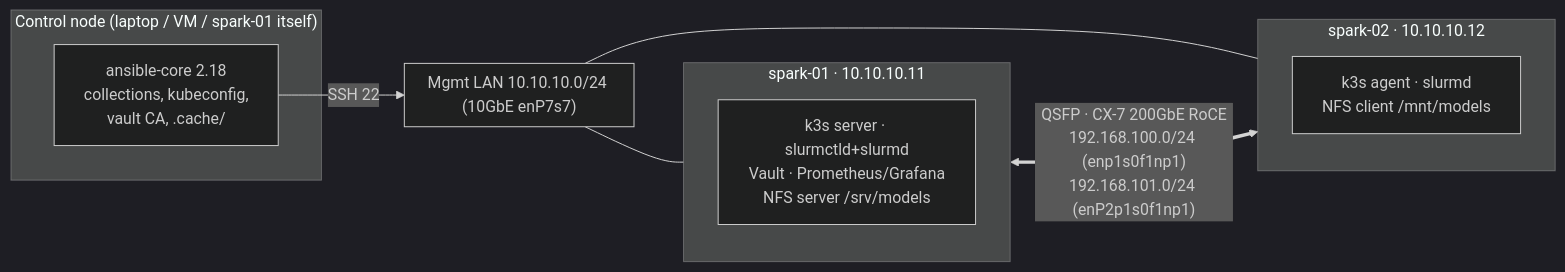
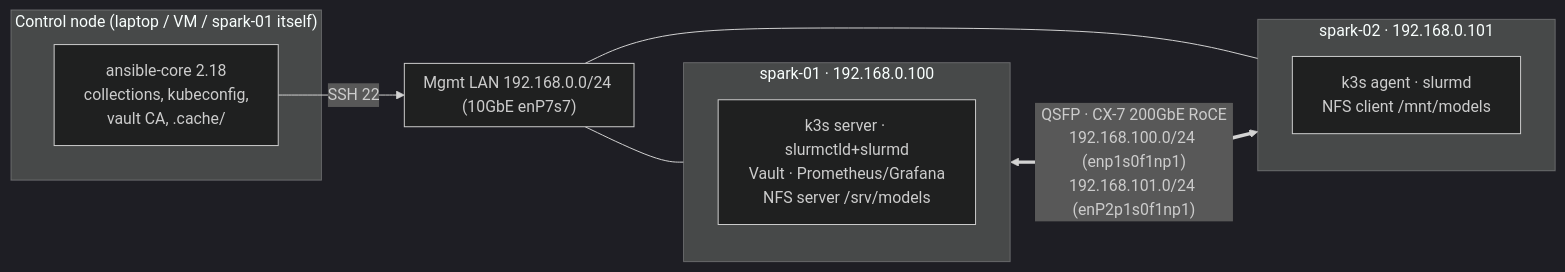
One commit to cloudone365/technical-depth changed the diagram in 01 Ansible/lab/README.md. Above: the diagram before and after it, drawn with Mermaid (dark theme). The commit also changed other lines of this file and 57 other files, not shown here.

````diff
--- a/01 Ansible/lab/README.md
+++ b/01 Ansible/lab/README.md
@@ -50,18 +50,18 @@
 ```mermaid
 flowchart LR
   subgraph CTL["Control node (laptop / VM / spark-01 itself)"]
     A["ansible-core 2.18<br/>collections, kubeconfig,<br/>vault CA, .cache/"]
   end
-  subgraph MGMT["Mgmt LAN 10.10.10.0/24 (10GbE enP7s7)"]
+  subgraph MGMT["Mgmt LAN 192.168.0.0/24 (10GbE enP7s7)"]
   end
-  subgraph S1["spark-01 · 10.10.10.11"]
+  subgraph S1["spark-01 · 192.168.0.100"]
     S1a["k3s server · slurmctld+slurmd<br/>Vault · Prometheus/Grafana<br/>NFS server /srv/models"]
   end
-  subgraph S2["spark-02 · 10.10.10.12"]
+  subgraph S2["spark-02 · 192.168.0.101"]
     S2a["k3s agent · slurmd<br/>NFS client /mnt/models"]
   end
   A -- SSH 22 --> MGMT
   MGMT --- S1
   MGMT --- S2
   S1 <== "QSFP · CX-7 200GbE RoCE<br/>192.168.100.0/24 (enp1s0f1np1)<br/>192.168.101.0/24 (enP2p1s0f1np1)" ==> S2
 ```
````
